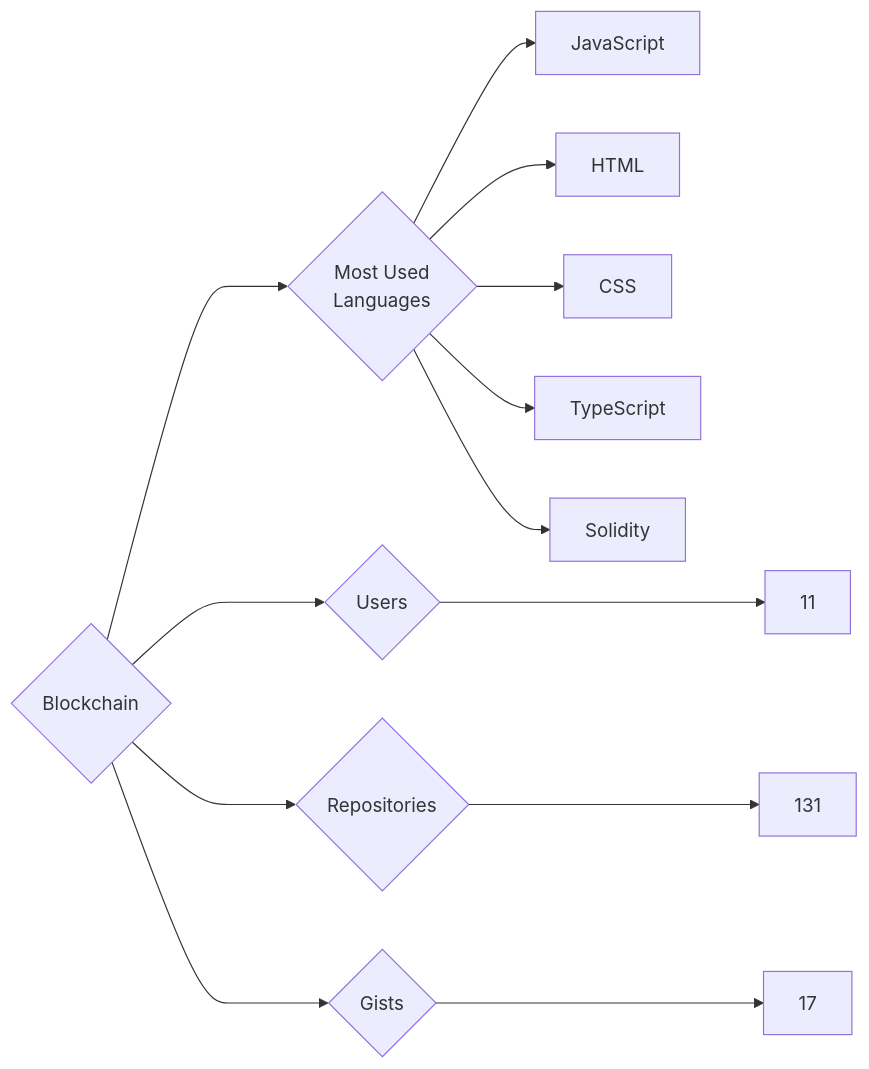
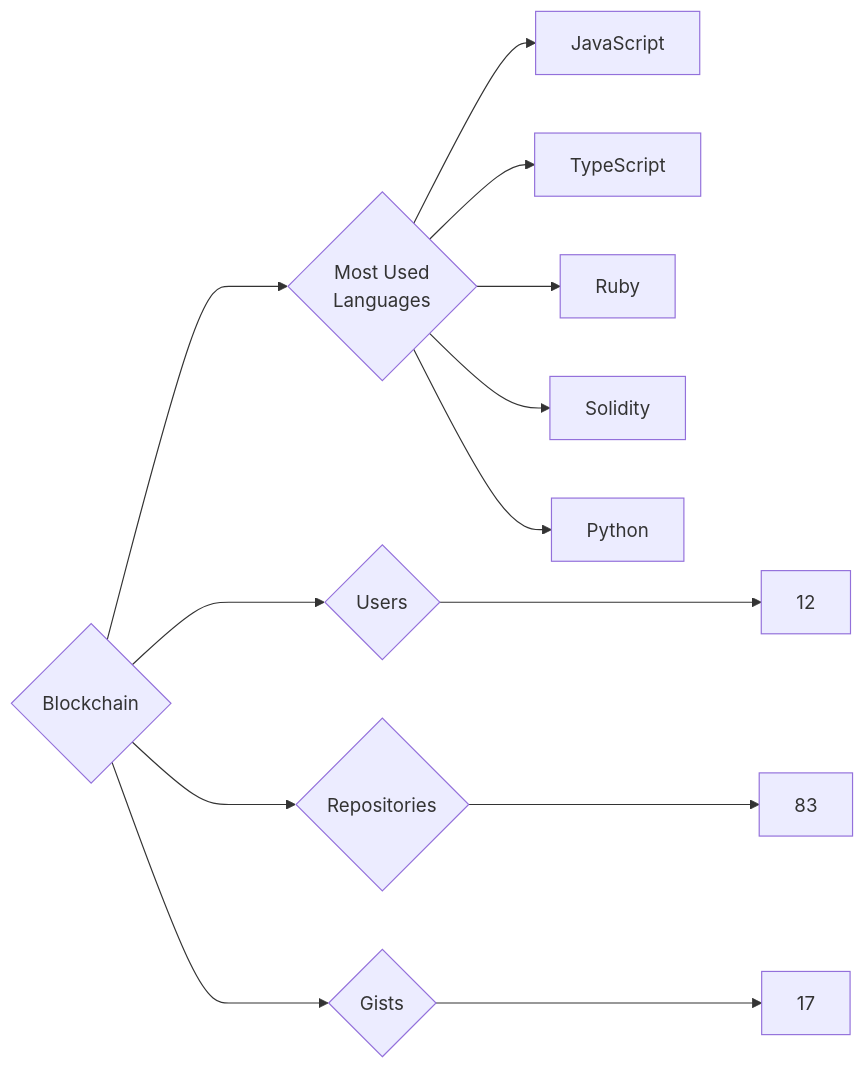
Before and after one commit to trickest/insiders: the diagram in targets/Blockchain/README.md, drawn with Mermaid. The commit also changed 1123 other files, not shown here.

````diff
--- a/targets/Blockchain/README.md
+++ b/targets/Blockchain/README.md
@@ -3,13 +3,13 @@
 ```mermaid
 graph LR
 COMPANY_NAME{Blockchain}
-COMPANY_NAME ---> U{Users} ---> UN[11]
-COMPANY_NAME ---> R{Repositories} ---> RN[131]
+COMPANY_NAME ---> U{Users} ---> UN[12]
+COMPANY_NAME ---> R{Repositories} ---> RN[83]
 COMPANY_NAME ---> G{Gists} ---> GN[17]
 COMPANY_NAME ---> ML{Most Used<br>Languages}
 ML --> JavaScript[JavaScript]
-ML --> HTML[HTML]
-ML --> CSS[CSS]
 ML --> TypeScript[TypeScript]
+ML --> Ruby[Ruby]
 ML --> Solidity[Solidity]
+ML --> Python[Python]
 ```
````
